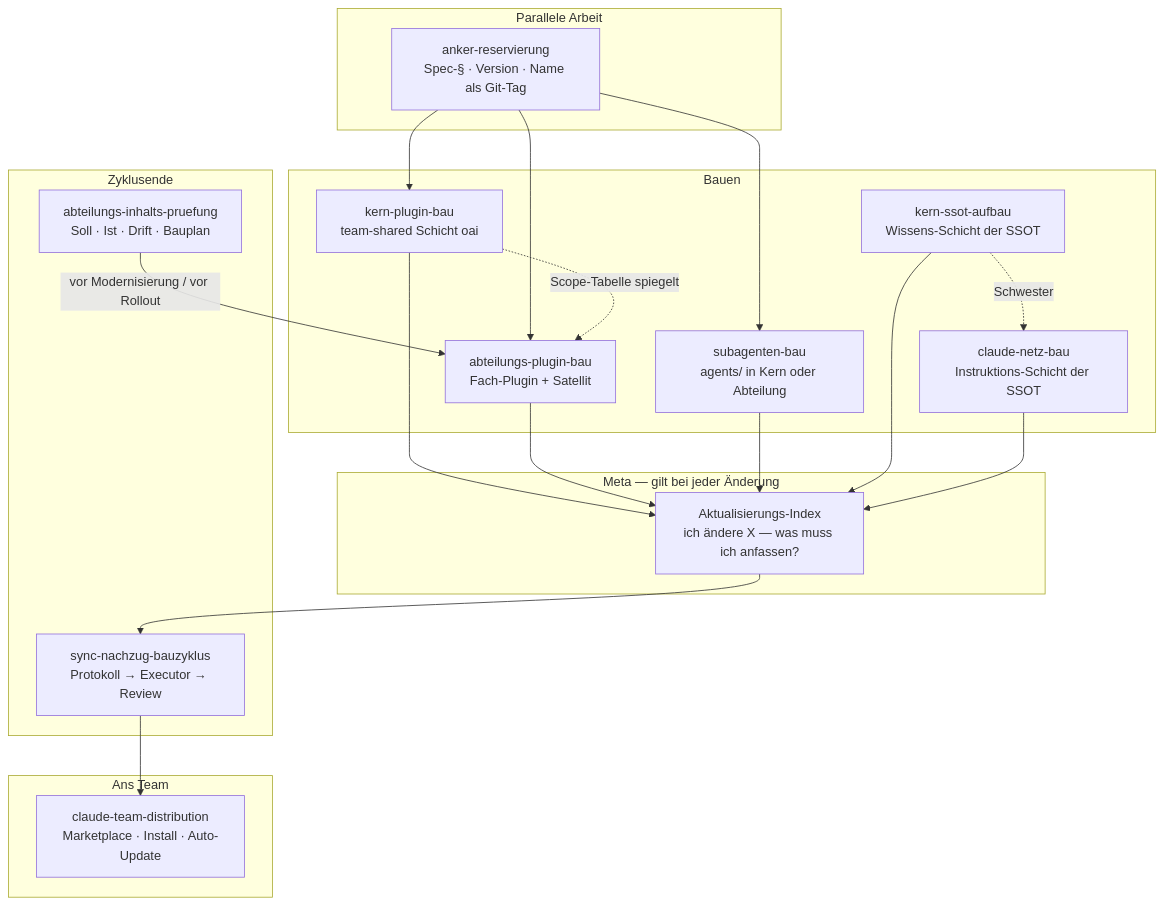
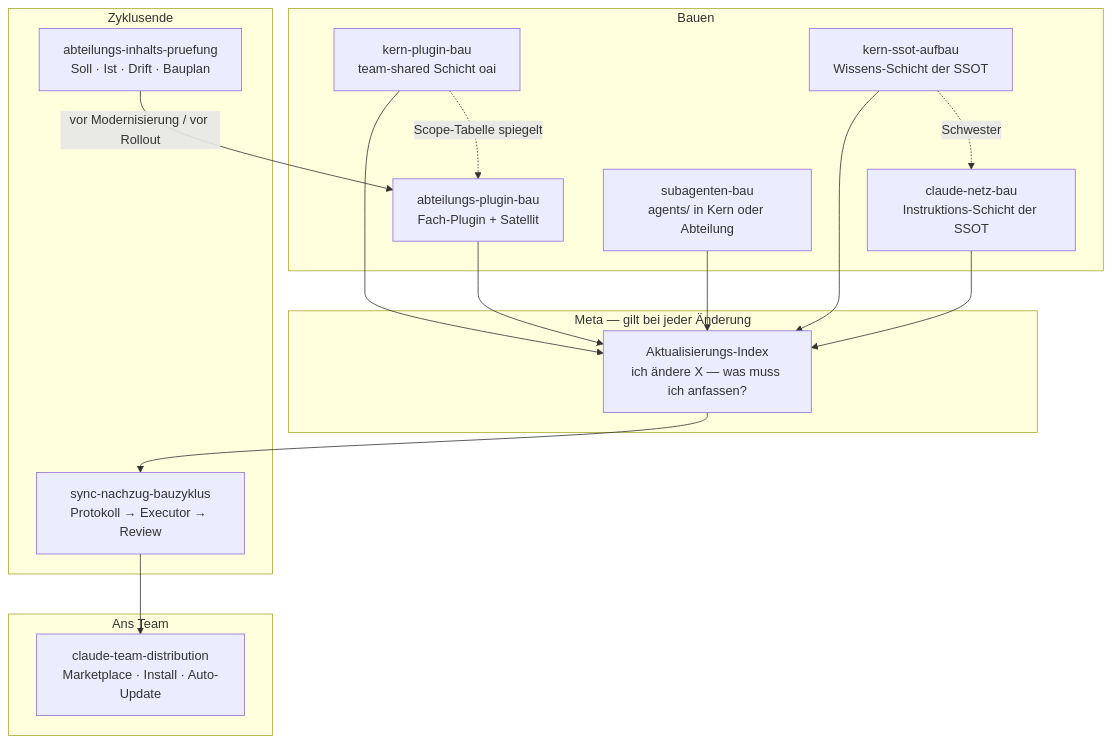
One commit to NovaCore-AI/NovaCoreAI-OS changed the first of 5 diagrams in knowledge-base/firmenkernprozesse/prozesskarten/00-FAMILIE-UND-VERDRAHTUNG.md. Above: the diagram before and after it, drawn with Mermaid. The commit also changed other lines of this file and 16 other files, not shown here.

First line of the commit message:
fix(phase-j-d): Anker-Reservierung ersatzlos aufgehoben (D31, D1+D3)

````diff
--- a/knowledge-base/firmenkernprozesse/prozesskarten/00-FAMILIE-UND-VERDRAHTUNG.md
+++ b/knowledge-base/firmenkernprozesse/prozesskarten/00-FAMILIE-UND-VERDRAHTUNG.md
@@ -16,41 +16,34 @@
 ```mermaid
 flowchart TB
     subgraph Meta["Meta — gilt bei jeder Änderung"]
         AI["Aktualisierungs-Index<br/>ich ändere X — was muss ich anfassen?"]
     end
 
     subgraph Bauen["Bauen"]
         KPB["kern-plugin-bau<br/>team-shared Schicht oai"]
         APB["abteilungs-plugin-bau<br/>Fach-Plugin + Satellit"]
         SAB["subagenten-bau<br/>agents/ in Kern oder Abteilung"]
         KSS["kern-ssot-aufbau<br/>Wissens-Schicht der SSOT"]
         CNB["claude-netz-bau<br/>Instruktions-Schicht der SSOT"]
     end
 
-    subgraph Parallel["Parallele Arbeit"]
-        AR["anker-reservierung<br/>Spec-§ · Version · Name als Git-Tag"]
-    end
-
     subgraph Zyklusende["Zyklusende"]
         SN["sync-nachzug-bauzyklus<br/>Protokoll → Executor → Review"]
         AIP["abteilungs-inhalts-pruefung<br/>Soll · Ist · Drift · Bauplan"]
     end
 
     subgraph Verteilen["Ans Team"]
         CTD["claude-team-distribution<br/>Marketplace · Install · Auto-Update"]
     end
 
-    AR --> KPB
-    AR --> APB
-    AR --> SAB
     KPB --> AI
     APB --> AI
     SAB --> AI
     KSS --> AI
     CNB --> AI
     AI --> SN
     SN --> CTD
     AIP -->|"vor Modernisierung / vor Rollout"| APB
     KSS -.->|"Schwester"| CNB
     KPB -.->|"Scope-Tabelle spiegelt"| APB
 ```
````
